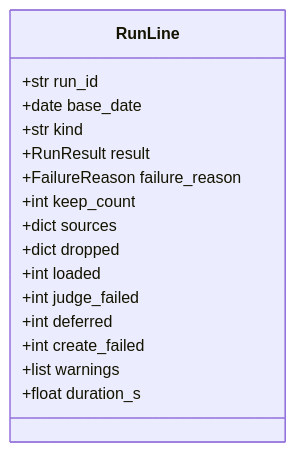
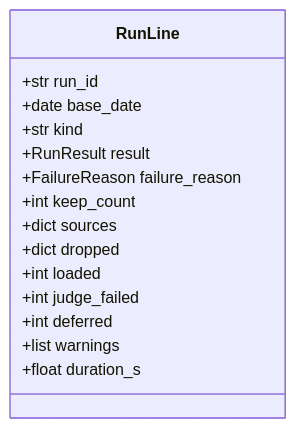
One commit to HoyoungParkme/competition-crawler changed the fourth of 18 diagrams in docs/specs/06-DOM/CCR-DOM-002.md. Above: the diagram before and after it, drawn with Mermaid. The commit also changed other lines of this file, not shown here.

````diff
--- a/docs/specs/06-DOM/CCR-DOM-002.md
+++ b/docs/specs/06-DOM/CCR-DOM-002.md
@@ -138,19 +227,18 @@
 ```mermaid
 classDiagram
     class RunLine {
         +str run_id
         +date base_date
         +str kind
         +RunResult result
         +FailureReason failure_reason
         +int keep_count
         +dict sources
         +dict dropped
         +int loaded
         +int judge_failed
         +int deferred
-        +int create_failed
         +list warnings
         +float duration_s
     }
 ```
````
